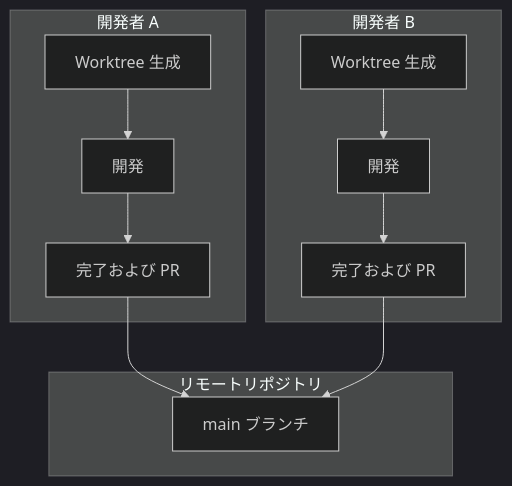
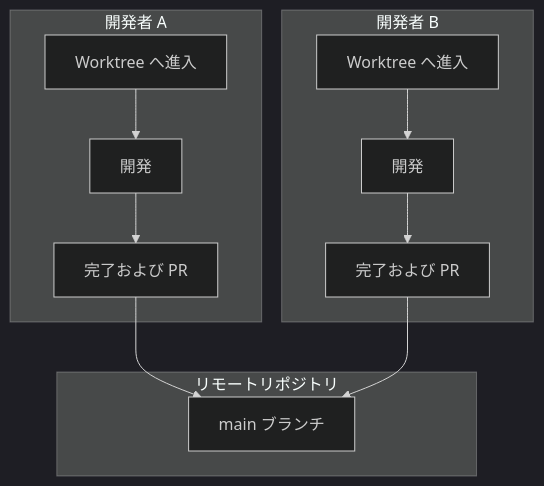
Before and after one commit to modu-ai/moai-adk: the ninth of 9 diagrams in docs-site/content/ja/worktree/faq.md, drawn with Mermaid (dark theme). The commit also changed other lines of this file and 35 other files, not shown here.

````diff
--- a/docs-site/content/ja/worktree/faq.md
+++ b/docs-site/content/ja/worktree/faq.md
@@ -489,21 +557,21 @@
 ```mermaid
 graph TB
     subgraph DevA["開発者 A"]
-        A1[Worktree 生成]
+        A1[Worktree へ進入]
         A2[開発]
         A3[完了および PR]
     end
 
     subgraph DevB["開発者 B"]
-        B1[Worktree 生成]
+        B1[Worktree へ進入]
         B2[開発]
         B3[完了および PR]
     end
 
     subgraph Remote["リモートリポジトリ"]
         R[main ブランチ]
     end
 
     A1 --> A2 --> A3 --> R
     B1 --> B2 --> B3 --> R
 ```
````
